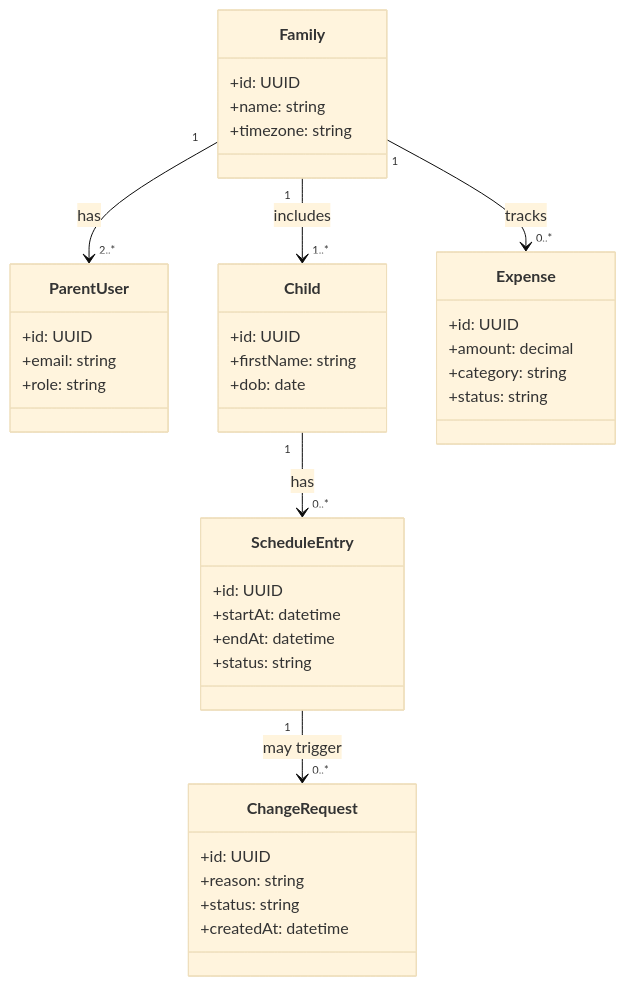
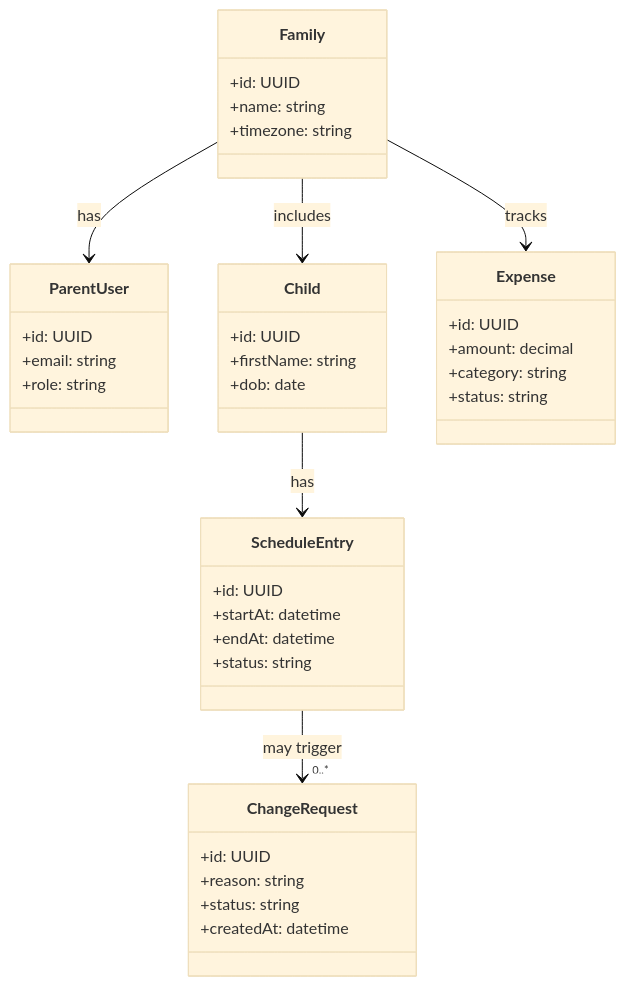
One commit to Kapum357/KidSchedule changed the second of 8 diagrams in README.md. Above: the diagram before and after it, drawn with Mermaid (base theme). The commit also changed other lines of this file and 4 other files, not shown here.

````diff
--- a/README.md
+++ b/README.md
@@ -129,42 +146,42 @@
 ```mermaid
 classDiagram
 		class Family {
 			+id: UUID
 			+name: string
 			+timezone: string
 		}
 		class ParentUser {
 			+id: UUID
 			+email: string
 			+role: string
 		}
 		class Child {
 			+id: UUID
 			+firstName: string
 			+dob: date
 		}
 		class ScheduleEntry {
 			+id: UUID
 			+startAt: datetime
 			+endAt: datetime
 			+status: string
 		}
 		class ChangeRequest {
 			+id: UUID
 			+reason: string
 			+status: string
 			+createdAt: datetime
 		}
 		class Expense {
 			+id: UUID
 			+amount: decimal
 			+category: string
 			+status: string
 		}
 
-		Family "1" --> "2..*" ParentUser : has
-		Family "1" --> "1..*" Child : includes
-		Child "1" --> "0..*" ScheduleEntry : has
-		ScheduleEntry "1" --> "0..*" ChangeRequest : may trigger
-		Family "1" --> "0..*" Expense : tracks
+		Family  --> ParentUser : has
+		Family  --> Child : includes
+		Child  --> ScheduleEntry : has
+		ScheduleEntry --> "0..*" ChangeRequest : may trigger
+		Family --> Expense : tracks
 ```
````
